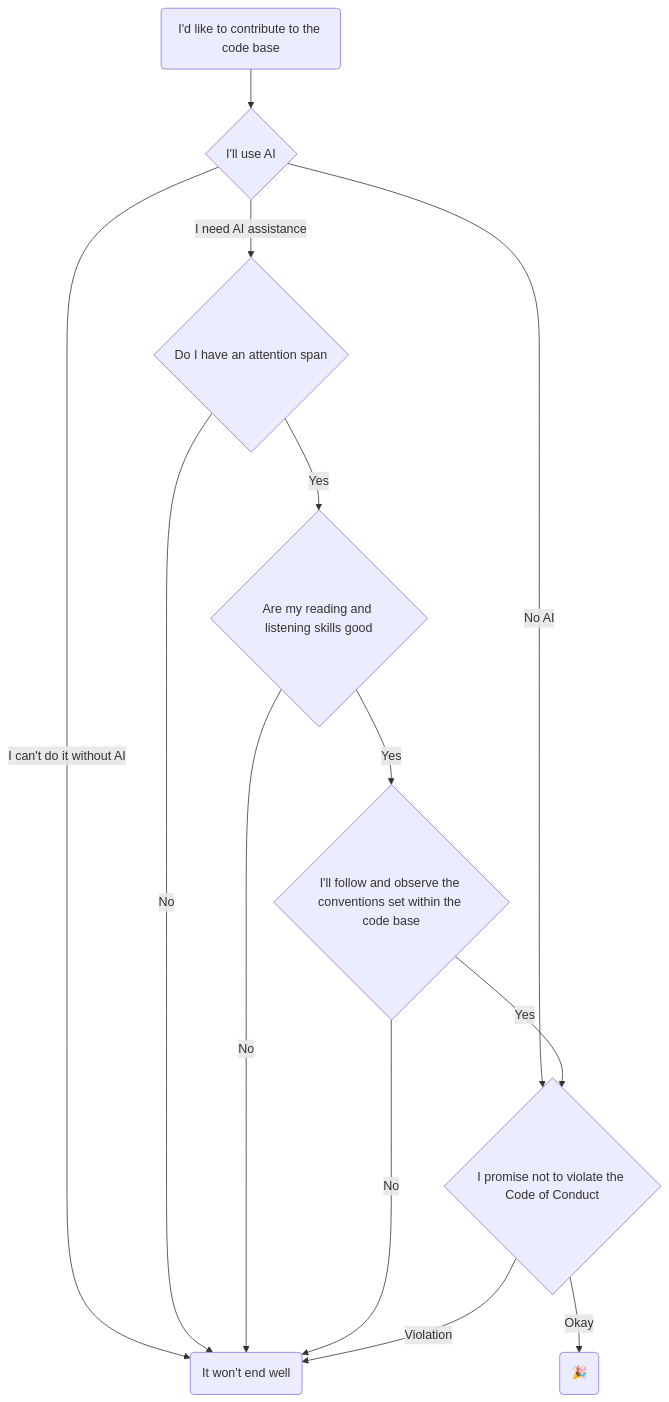
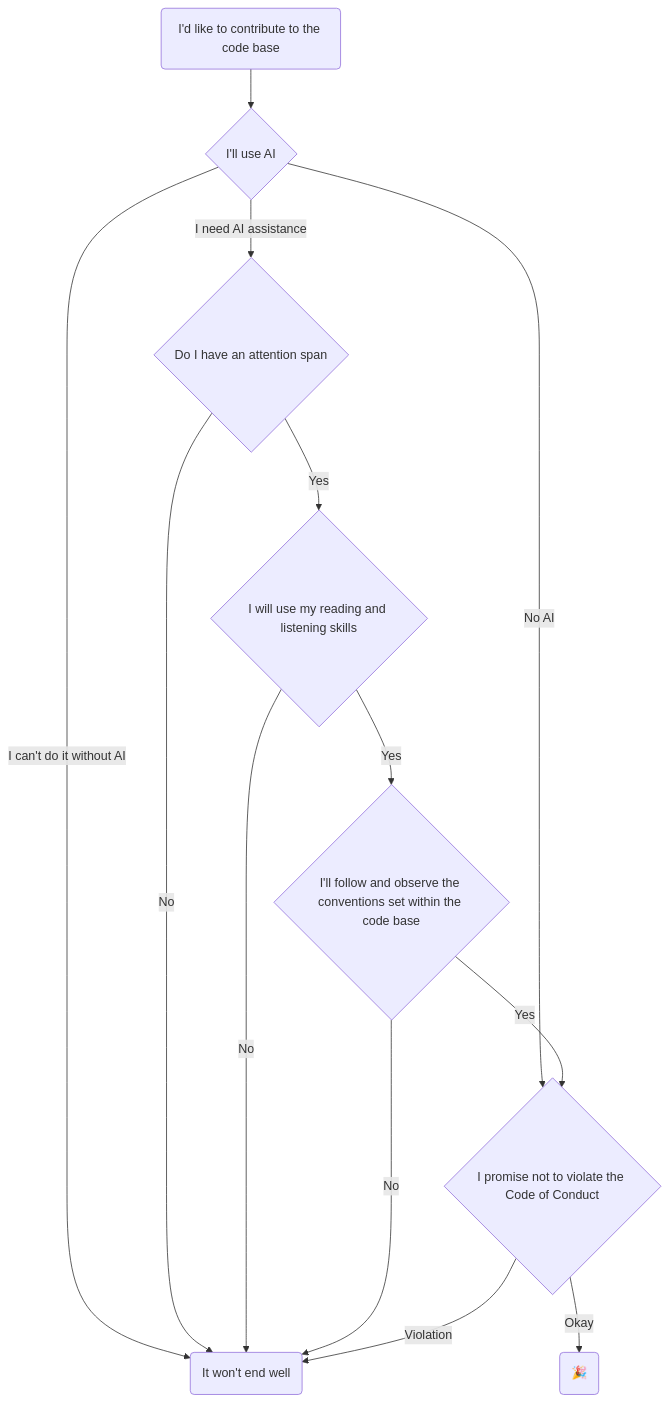
The first of 2 diagrams in README.md (GekkotaDev/codename-vista), drawn with Mermaid before and after one commit.

Commit message:
chore: updated guidelines

````diff
--- a/README.md
+++ b/README.md
@@ -45,20 +45,20 @@
 ```mermaid
 flowchart TB
         direction TB
         Start(I'd like to contribute to the code base)
         End_Slacker(It won't end well)
         End_GreenFlag(🎉)
 
         Start --> AI1{I'll use AI}
         AI1 -->|No AI| AI5{I promise not to violate the Code of Conduct}
         AI1 -->|I can't do it without AI| End_Slacker
         AI1 -->|I need AI assistance| AI2{Do I have an attention span}
         AI2 -->|No| End_Slacker
-        AI2 -->|Yes| AI3{Are my reading and listening skills good}
+        AI2 -->|Yes| AI3{I will use my reading and listening skills}
         AI3 -->|No| End_Slacker
         AI3 -->|Yes| AI4{I'll follow and observe the conventions set within the code base}
         AI4 -->|No| End_Slacker
         AI4 -->|Yes| AI5
         AI5 -->|Violation| End_Slacker
         AI5 -->|Okay| End_GreenFlag
 ```
````
